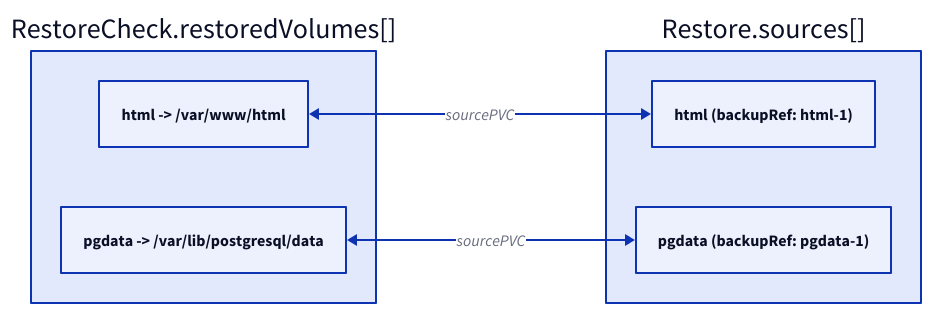
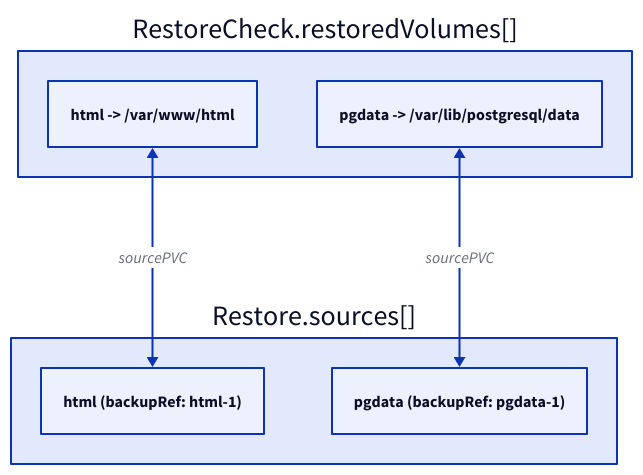
One commit to linogics/bret-operator changed the first of 2 diagrams in docs/src/content/docs/concepts/volumes.md. Above: the diagram before and after it, drawn with D2. The commit also changed 17 other files, not shown here.

Commit message:
docs: rewrite concepts around diagrams

````diff
--- a/docs/src/content/docs/concepts/volumes.md
+++ b/docs/src/content/docs/concepts/volumes.md
@@ -12,13 +12,13 @@
 ```d2 title="RestoreCheck volumes and Restore sources matched by sourcePVC"
-direction: right
+direction: down
 check: "RestoreCheck.restoredVolumes[]" {
   html: "html -> /var/www/html"
   pgdata: "pgdata -> /var/lib/postgresql/data"
 }
 restore: "Restore.sources[]" {
   html: "html (backupRef: html-1)"
   pgdata: "pgdata (backupRef: pgdata-1)"
 }
 check.html <-> restore.html: sourcePVC
 check.pgdata <-> restore.pgdata: sourcePVC
 ```
````
